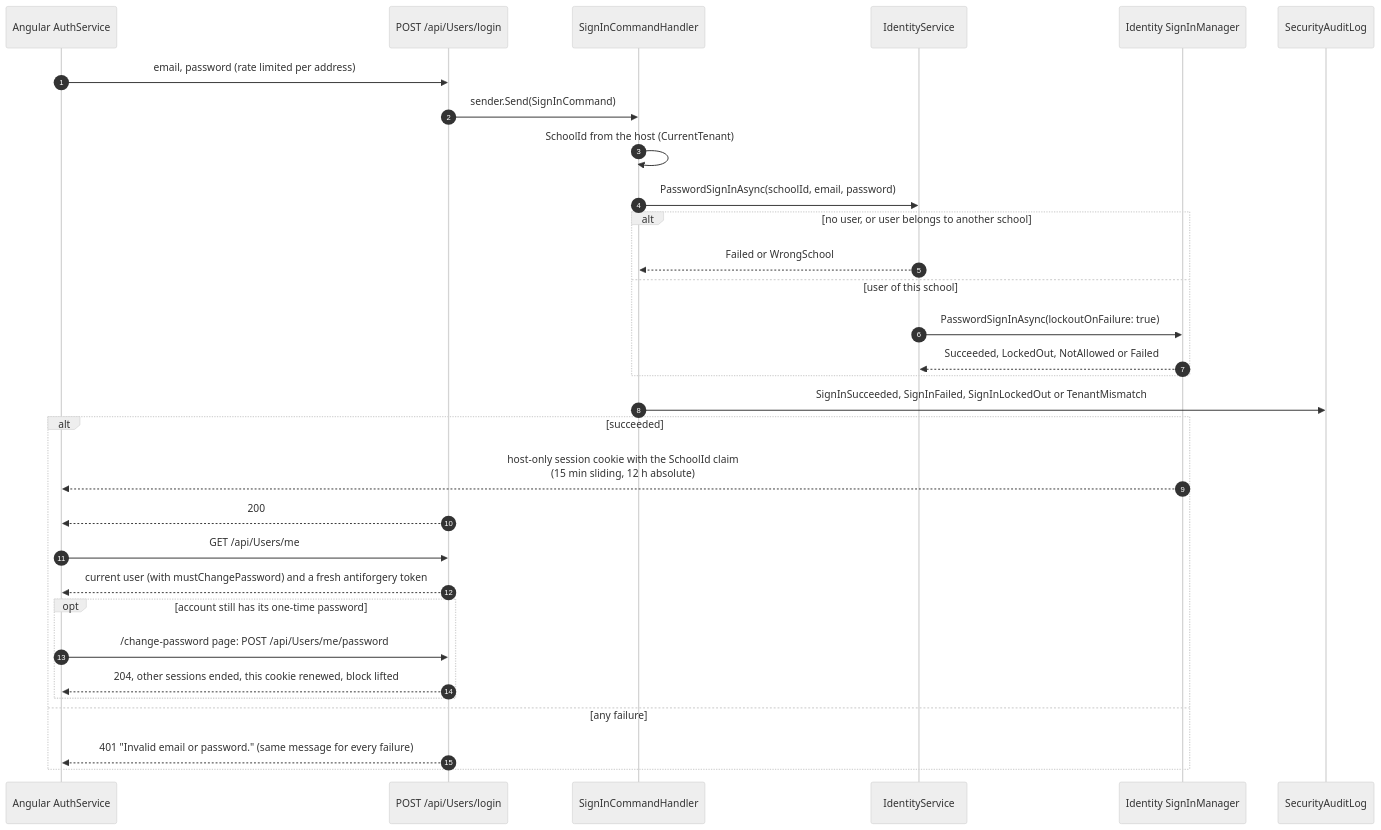
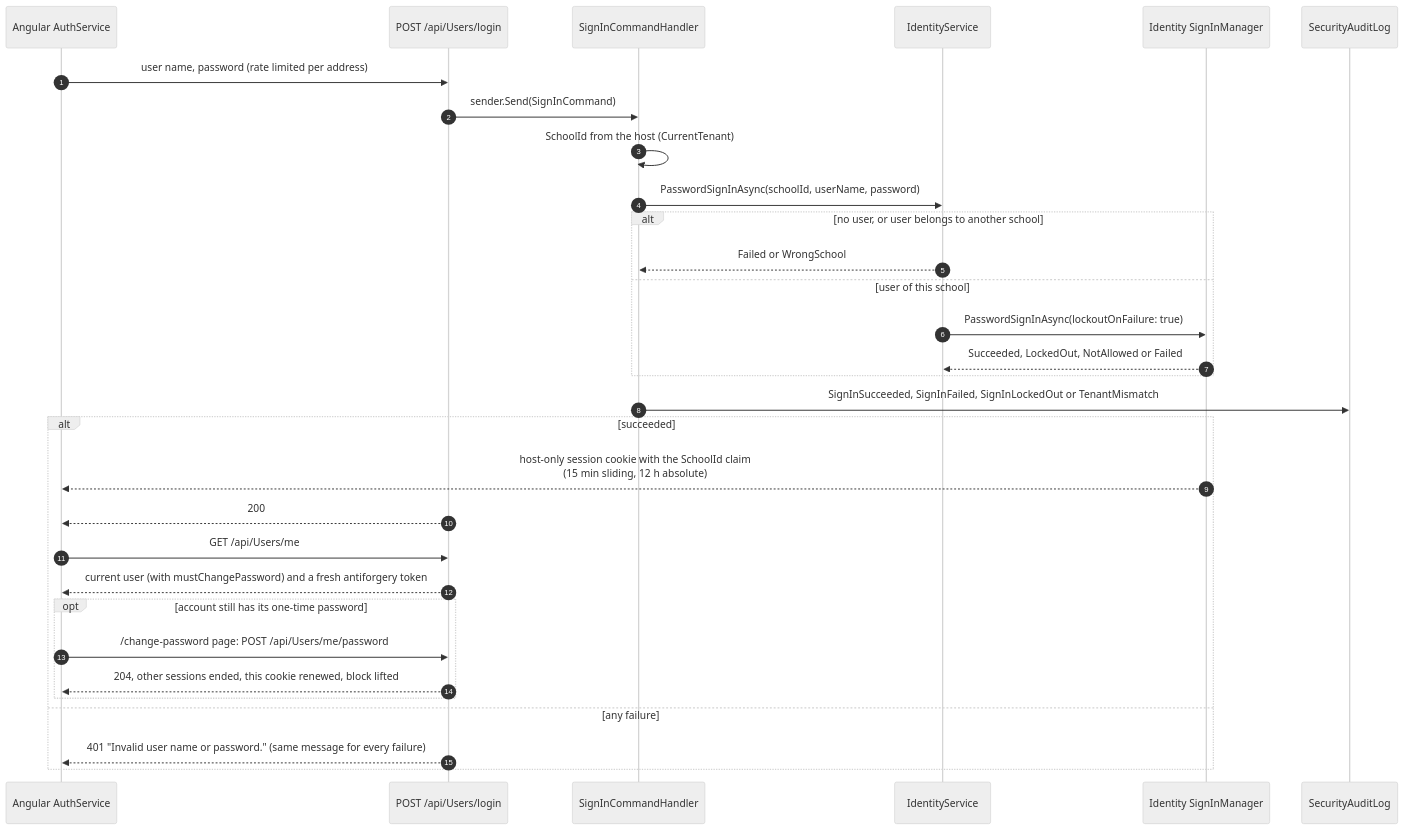
One commit to ahmedshahjr/Education-Portal changed diagram 11 of 22 in README.md. Above: the diagram before and after it, drawn with Mermaid (neutral theme). The commit also changed other lines of this file and 50 other files, not shown here.

````diff
--- a/README.md
+++ b/README.md
@@ -635,33 +637,33 @@
 ```mermaid
 sequenceDiagram
     autonumber
     participant UI as Angular AuthService
     participant E as POST /api/Users/login
     participant H as SignInCommandHandler
     participant I as IdentityService
     participant SM as Identity SignInManager
     participant A as SecurityAuditLog
-    UI->>E: email, password (rate limited per address)
+    UI->>E: user name, password (rate limited per address)
     E->>H: sender.Send(SignInCommand)
     H->>H: SchoolId from the host (CurrentTenant)
-    H->>I: PasswordSignInAsync(schoolId, email, password)
+    H->>I: PasswordSignInAsync(schoolId, userName, password)
     alt no user, or user belongs to another school
         I-->>H: Failed or WrongSchool
     else user of this school
         I->>SM: PasswordSignInAsync(lockoutOnFailure: true)
         SM-->>I: Succeeded, LockedOut, NotAllowed or Failed
     end
     H->>A: SignInSucceeded, SignInFailed, SignInLockedOut or TenantMismatch
     alt succeeded
         SM-->>UI: host-only session cookie with the SchoolId claim<br/>(15 min sliding, 12 h absolute)
         E-->>UI: 200
         UI->>E: GET /api/Users/me
         E-->>UI: current user (with mustChangePassword) and a fresh antiforgery token
         opt account still has its one-time password
             UI->>E: /change-password page: POST /api/Users/me/password
             E-->>UI: 204, other sessions ended, this cookie renewed, block lifted
         end
     else any failure
-        E-->>UI: 401 "Invalid email or password." (same message for every failure)
+        E-->>UI: 401 "Invalid user name or password." (same message for every failure)
     end
 ```
````
